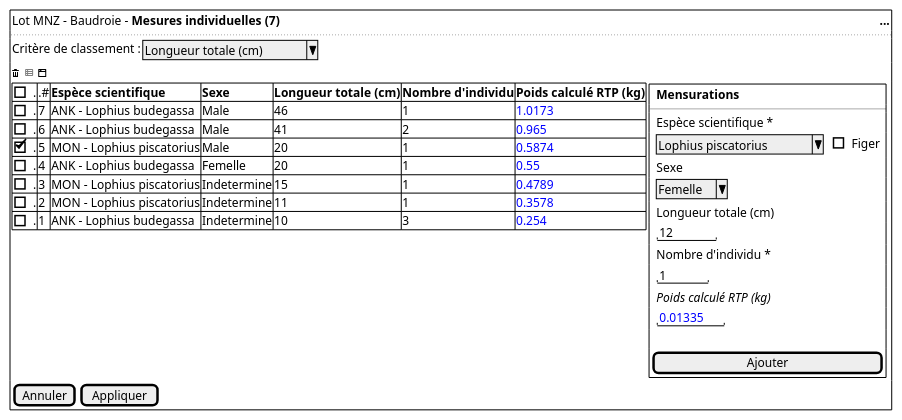
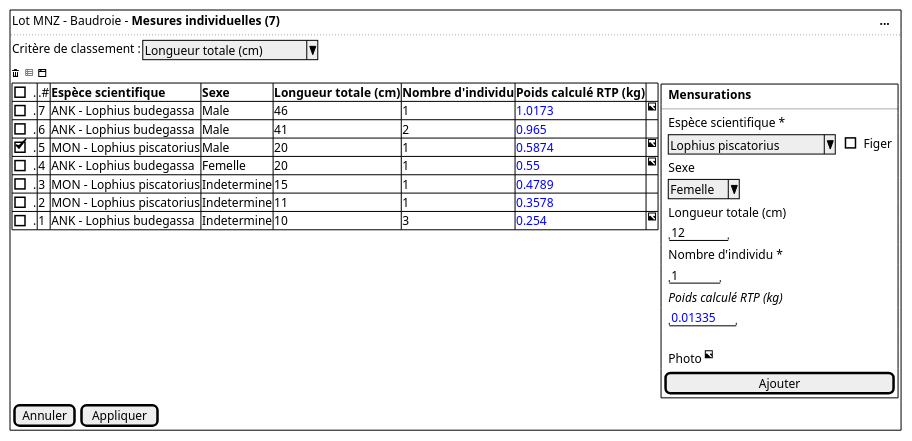
Before and after one commit to sumaris-net/sumaris-doc: the diagram in projects/common/spe/images/individual-measures.puml, drawn with PlantUML. The commit also changed 6 other files, not shown here.

```diff
--- a/projects/common/spe/images/individual-measures.puml
+++ b/projects/common/spe/images/individual-measures.puml
@@ -1,47 +1,48 @@
 @startsalt
  {+
   { Lot MNZ - Baudroie - <b>Mesures individuelles (7) | . | . |. |. |. |. |. |. |. |. |. |. |. |. |. |. |. |. |. |. |. |. |. |. |. |. |. |. |. |. |. |. |. |. |. |. |. |. |. |. |. |. |. |. |. |. |. |. |. |. |. |. |. |. |. |. |. |. |. |. |. |. |. |. |. |. |. |. |. |. |. |. |. |. |. |. |. |. |. |. |. |. |. |. |. |. |. |. |. |. |. |. |. |. |. |. |. |. |. |. |. |. |. |. |. |. |. |. |. |. |. |. |. |. |<b> ...}
   ..
 
   { | Critère de classement : | ^Longueur totale (cm)^ | .  }
 
   <&trash> <color:grey><&spreadsheet></color> <&browser>
 
   {
 	{#
-      [].| .# | <b>Espèce scientifique | <b>Sexe | <b>Longueur totale (cm) | <b>Nombre d'individu | <b>Poids calculé RTP (kg)
-      [].| 7 | ANK - Lophius budegassa   | Male | 46 | 1 | <color:blue>1.0173
-      [].| 6 | ANK - Lophius budegassa   | Male | 41 | 2 |<color:blue>0.965
-      [X].| 5 | MON - Lophius piscatorius | Male | 20 | 1 | <color:blue>0.5874
-      [].| 4 | ANK - Lophius budegassa   | Femelle | 20 | 1 | <color:blue>0.55
-      [].| 3 | MON - Lophius piscatorius | Indetermine | 15 | 1 | <color:blue>0.4789
-      [].| 2 | MON - Lophius piscatorius | Indetermine | 11 | 1 | <color:blue>0.3578
-      [].| 1 | ANK - Lophius budegassa   | Indetermine | 10 | 3 | <color:blue>0.254
+      [].| .# | <b>Espèce scientifique | <b>Sexe | <b>Longueur totale (cm) | <b>Nombre d'individu | <b>Poids calculé RTP (kg) | .
+      [].| 7 | ANK - Lophius budegassa   | Male | 46 | 1 | <color:blue>1.0173 | <&image>
+      [].| 6 | ANK - Lophius budegassa   | Male | 41 | 2 |<color:blue>0.965 | .
+      [X].| 5 | MON - Lophius piscatorius | Male | 20 | 1 | <color:blue>0.5874 | <&image>
+      [].| 4 | ANK - Lophius budegassa   | Femelle | 20 | 1 | <color:blue>0.55 | <&image>
+      [].| 3 | MON - Lophius piscatorius | Indetermine | 15 | 1 | <color:blue>0.4789 | .
+      [].| 2 | MON - Lophius piscatorius | Indetermine | 11 | 1 | <color:blue>0.3578 | .
+      [].| 1 | ANK - Lophius budegassa   | Indetermine | 10 | 3 | <color:blue>0.254 | <&image>
     } |
 
     {
       {+
         { | . |  <b>Mensurations  | . | . | . | . | . }
         --
         { | . | Espèce scientifique *  | . }
         { | . | ^Lophius piscatorius^   | .  | [ ] Figer }
 
         { | . | Sexe  | . }
         { | . | ^Femelle^  }
 
         { | . | Longueur totale (cm) | .  }
         { | . | "   12  "  }
 
         { | . | Nombre d'individu * | .  }
         { | . | "   1  "  | .   }
 
         { | . | <i>Poids calculé RTP (kg)  | . }
         { | . | "<color:blue>0.01335 " | .  }
         .
+        { | . | Photo | <&image>  }
         { [                     Ajouter] }
         }
      }
     }
     {[Annuler] | [Appliquer]}
   }
 @endsalt
```
